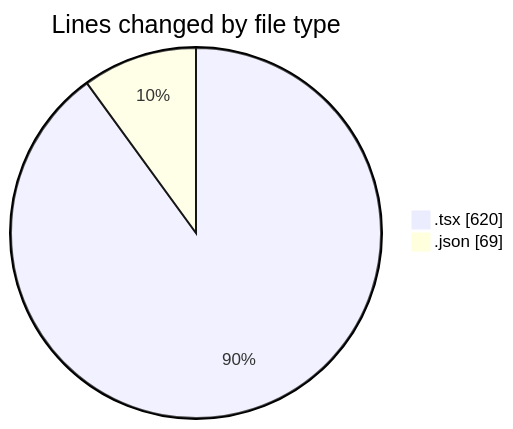
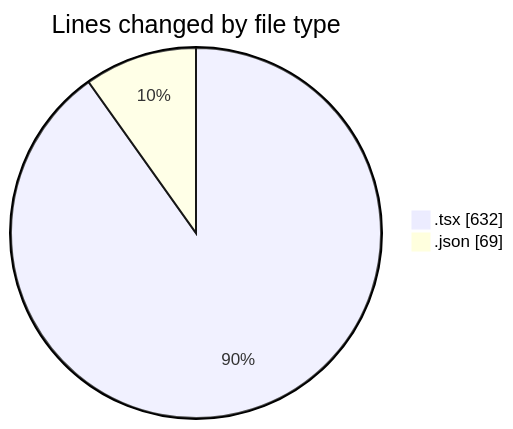
The first of 2 diagrams in 2025-01-03/tinycms/README.md (ernivani/code-tracking), drawn with Mermaid before and after one commit. The commit also changed other lines of this file and 2 other files, not shown here.

````diff
--- a/2025-01-03/tinycms/README.md
+++ b/2025-01-03/tinycms/README.md
@@ -23,6 +23,6 @@
 ```mermaid
 pie showData
 title Lines changed by file type
-".tsx" : 620
+".tsx" : 632
 ".json" : 69
 ```
````
